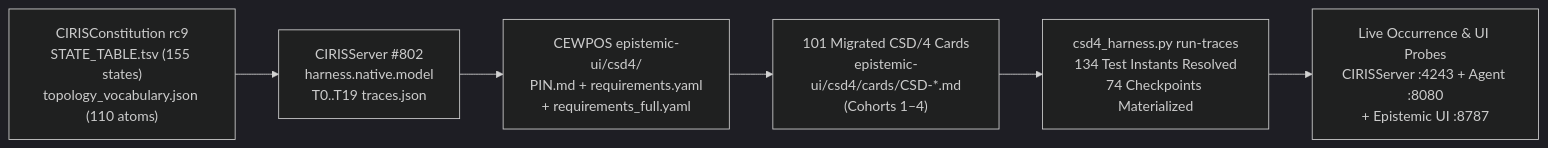
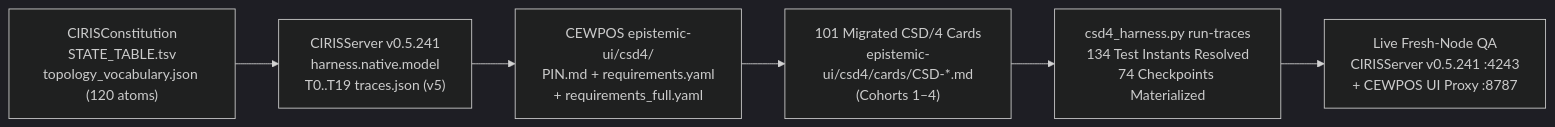
One commit to CIRISAI/CEWPOS changed the diagram in CSD4_CATALOGUE_AND_MIGRATION_PLAN.md. Above: the diagram before and after it, drawn with Mermaid (dark theme). The commit also changed other lines of this file and 186 other files, not shown here.

Commit message:
Catch up to CIRISServer v0.5.241 (CSD/4 v5) & run live fresh-node QA via CEWPOS

````diff
--- a/CSD4_CATALOGUE_AND_MIGRATION_PLAN.md
+++ b/CSD4_CATALOGUE_AND_MIGRATION_PLAN.md
@@ -26,11 +26,11 @@
 ```mermaid
 flowchart LR
-    CC["CIRISConstitution rc9<br/>STATE_TABLE.tsv (155 states)<br/>topology_vocabulary.json (110 atoms)"]
-    SRV["CIRISServer #802<br/>harness.native.model<br/>T0..T19 traces.json"]
+    CC["CIRISConstitution<br/>STATE_TABLE.tsv<br/>topology_vocabulary.json (120 atoms)"]
+    SRV["CIRISServer v0.5.241<br/>harness.native.model<br/>T0..T19 traces.json (v5)"]
     PIN["CEWPOS epistemic-ui/csd4/<br/>PIN.md + requirements.yaml<br/>+ requirements_full.yaml"]
     CARDS["101 Migrated CSD/4 Cards<br/>epistemic-ui/csd4/cards/CSD-*.md<br/>(Cohorts 1–4)"]
     RUN["csd4_harness.py run-traces<br/>134 Test Instants Resolved<br/>74 Checkpoints Materialized"]
-    LIVE["Live Occurrence & UI Probes<br/>CIRISServer :4243 + Agent :8080<br/>+ Epistemic UI :8787"]
+    LIVE["Live Fresh-Node QA<br/>CIRISServer v0.5.241 :4243<br/>+ CEWPOS UI Proxy :8787"]
 
     CC --> SRV --> PIN --> CARDS --> RUN --> LIVE
 ```
````
